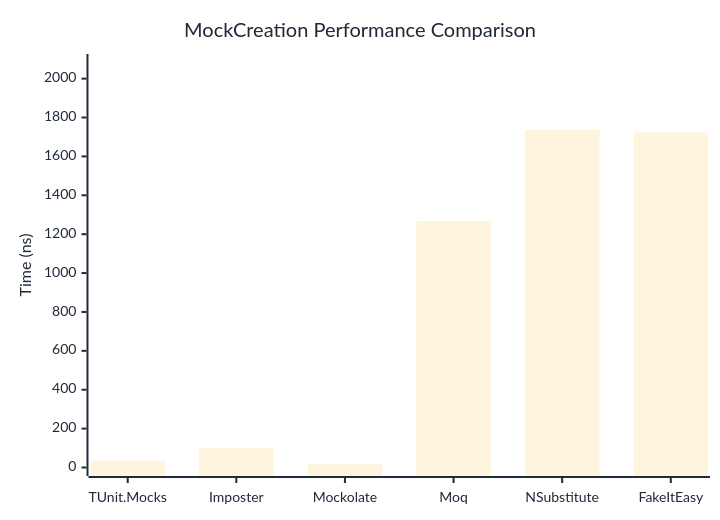
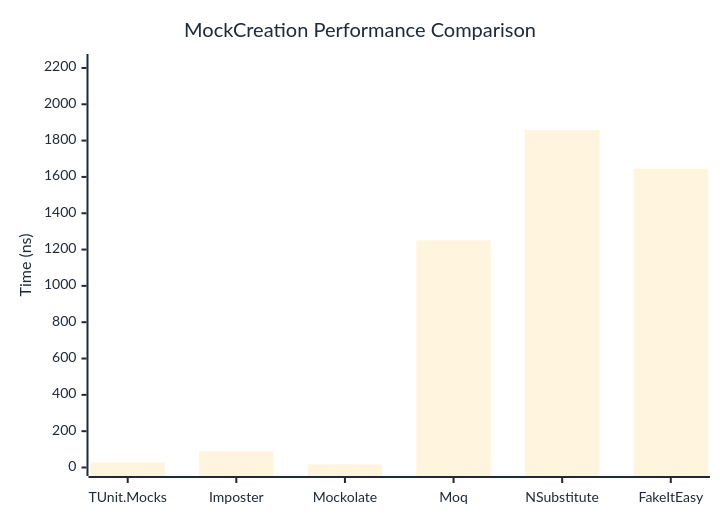
Before and after one commit to thomhurst/TUnit: the first of 2 diagrams in docs/docs/benchmarks/mocks/MockCreation.md, drawn with Mermaid. The commit also changed other lines of this file and 14 other files, not shown here.

````diff
--- a/docs/docs/benchmarks/mocks/MockCreation.md
+++ b/docs/docs/benchmarks/mocks/MockCreation.md
@@ -30,27 +30,27 @@
 ```mermaid
 %%{init: {
   'theme':'base',
   'themeVariables': {
     'primaryColor': '#2563eb',
     'primaryTextColor': '#1f2937',
     'primaryBorderColor': '#1e40af',
     'lineColor': '#6b7280',
     'secondaryColor': '#7c3aed',
     'tertiaryColor': '#dc2626',
     'background': '#ffffff',
     'pie1': '#2563eb',
     'pie2': '#7c3aed',
     'pie3': '#dc2626',
     'pie4': '#f59e0b',
     'pie5': '#10b981',
     'pie6': '#06b6d4',
     'pie7': '#ec4899',
     'pie8': '#6366f1'
   }
 }}%%
 xychart-beta
   title "MockCreation Performance Comparison"
   x-axis ["TUnit.Mocks", "Imposter", "Mockolate", "Moq", "NSubstitute", "FakeItEasy"]
-  y-axis "Time (ns)" 0 --> 2083
-  bar [35.33, 100.93, 17.51, 1267.86, 1735.81, 1722.9]
+  y-axis "Time (ns)" 0 --> 2230
+  bar [27.23, 89.68, 16.77, 1250.75, 1858.19, 1645.27]
 ```
````
